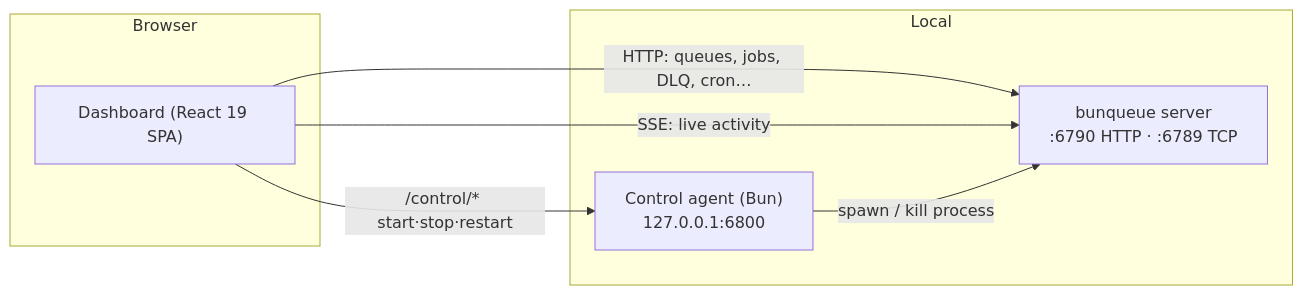
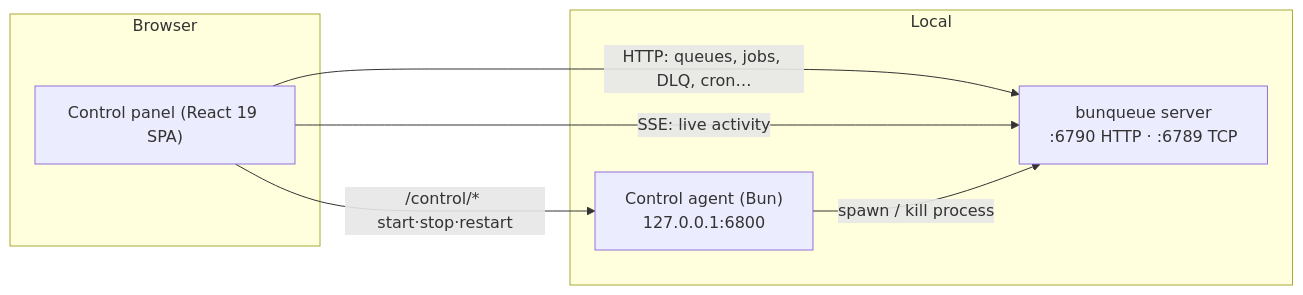
The diagram in README.md (ChxisB/qelay-control-panel), drawn with Mermaid before and after one commit. The commit also changed other lines of this file and 364 other files, not shown here.

First line of the commit message:
feat(brand): rebrand to Qelay Control Panel

````diff
--- a/README.md
+++ b/README.md
@@ -184,14 +187,14 @@
 ```mermaid
 flowchart LR
     subgraph Browser
-        UI["Dashboard (React 19 SPA)"]
+        UI["Control panel (React 19 SPA)"]
     end
     subgraph Local
         Agent["Control agent (Bun)<br/>127.0.0.1:6800"]
         Server["bunqueue server<br/>:6790 HTTP · :6789 TCP"]
     end
     UI -- "HTTP: queues, jobs, DLQ, cron…" --> Server
     UI -- "SSE: live activity" --> Server
     UI -- "/control/* start·stop·restart" --> Agent
     Agent -- "spawn / kill process" --> Server
 ```
````
